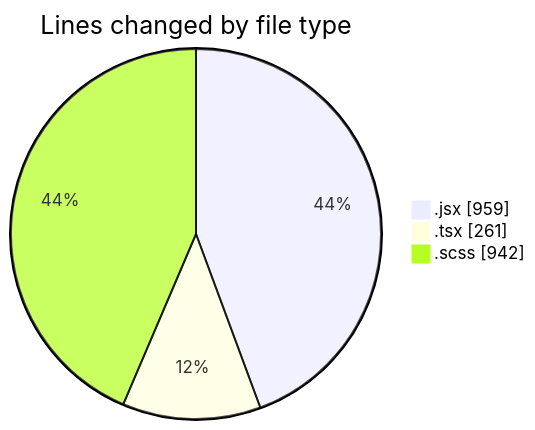
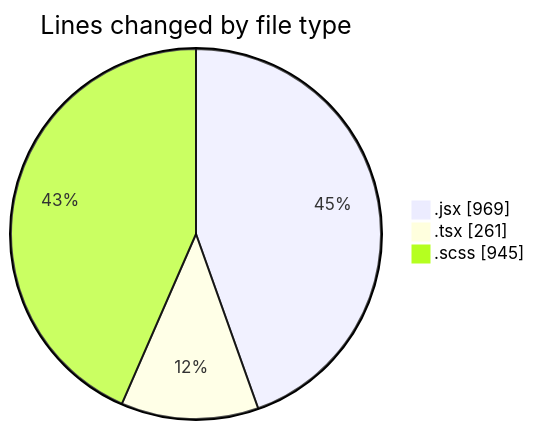
One commit to momahboobian/code-tracking changed the first of 2 diagrams in 2026-02-11/cda/README.md. Above: the diagram before and after it, drawn with Mermaid. The commit also changed other lines of this file and 1 other file, not shown here.

````diff
--- a/2026-02-11/cda/README.md
+++ b/2026-02-11/cda/README.md
@@ -27,7 +27,7 @@
 ```mermaid
 pie showData
 title Lines changed by file type
-".jsx" : 959
+".jsx" : 969
 ".tsx" : 261
-".scss" : 942
+".scss" : 945
 ```
````
